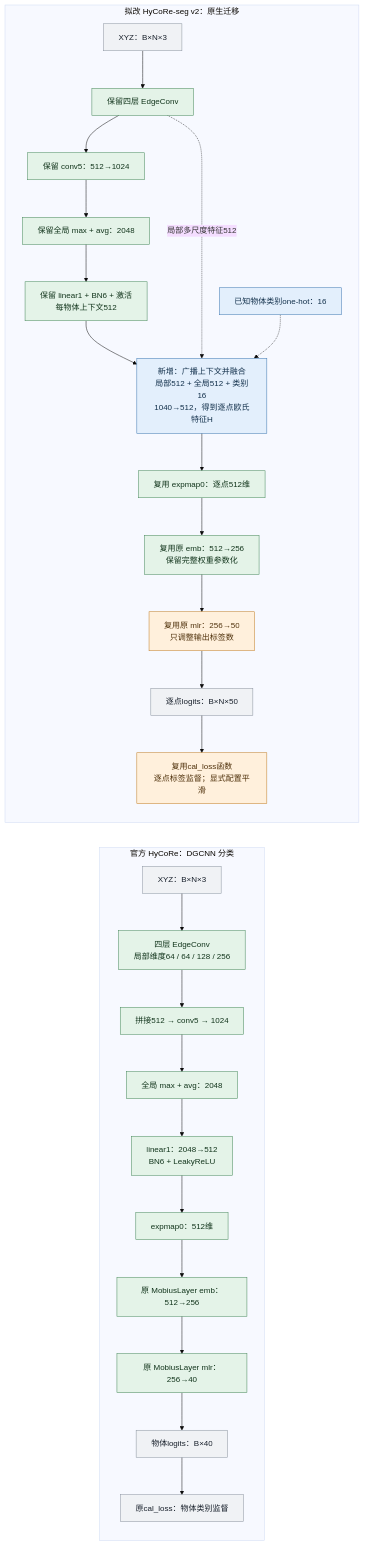
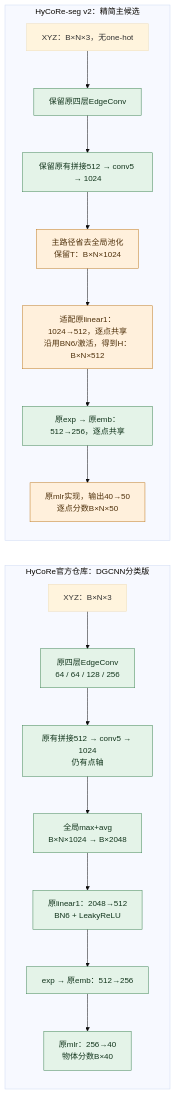
The first of 2 diagrams in docs/research/99_HYCORE_SEG_NATIVE_AUDIT_2026-10-28/audit_report.md (Linneking/Hycore), drawn with Mermaid (base theme) before and after one commit. The commit also changed other lines of this file and 15 other files, not shown here.

````diff
--- a/docs/research/99_HYCORE_SEG_NATIVE_AUDIT_2026-10-28/audit_report.md
+++ b/docs/research/99_HYCORE_SEG_NATIVE_AUDIT_2026-10-28/audit_report.md
@@ -25,38 +26,25 @@
 ```mermaid
 flowchart LR
-  subgraph C["官方 HyCoRe：DGCNN 分类"]
+  subgraph C["HyCoRe官方仓库：DGCNN分类版"]
     direction TB
-    C0["XYZ：B×N×3"] --> C1["四层 EdgeConv<br/>局部维度64 / 64 / 128 / 256"]
-    C1 --> C2["拼接512 → conv5 → 1024"]
-    C2 --> C3["全局 max + avg：2048"]
-    C3 --> C4["linear1：2048→512<br/>BN6 + LeakyReLU"]
-    C4 --> C5["expmap0：512维"]
-    C5 --> C6["原 MobiusLayer emb：512→256"]
-    C6 --> C7["原 MobiusLayer mlr：256→40"]
-    C7 --> C8["物体logits：B×40"]
-    C8 --> C9["原cal_loss：物体类别监督"]
+    C0["XYZ：B×N×3"] --> C1["原四层EdgeConv<br/>64 / 64 / 128 / 256"]
+    C1 --> C2["原有拼接512 → conv5 → 1024<br/>仍有点轴"]
+    C2 --> C3["全局max+avg<br/>B×N×1024 → B×2048"]
+    C3 --> C4["原linear1：2048→512<br/>BN6 + LeakyReLU"]
+    C4 --> C5["exp → 原emb：512→256"]
+    C5 --> C6["原mlr：256→40<br/>物体分数B×40"]
   end
-  subgraph S["拟改 HyCoRe-seg v2：原生迁移"]
+  subgraph S["HyCoRe-seg v2：精简主候选"]
     direction TB
-    S0["XYZ：B×N×3"] --> S1["保留四层 EdgeConv"]
-    S1 --> S2["保留 conv5：512→1024"]
-    S2 --> S3["保留全局 max + avg：2048"]
-    S3 --> S4["保留 linear1 + BN6 + 激活<br/>每物体上下文512"]
-    S4 --> S5["新增：广播上下文并融合<br/>局部512 + 全局512 + 类别16<br/>1040→512，得到逐点欧氏特征H"]
-    S1 -. 局部多尺度特征512 .-> S5
-    SC["已知物体类别one-hot：16"] -.-> S5
-    S5 --> S6["复用 expmap0：逐点512维"]
-    S6 --> S7["复用原 emb：512→256<br/>保留完整权重参数化"]
-    S7 --> S8["复用原 mlr：256→50<br/>只调整输出标签数"]
-    S8 --> S9["逐点logits：B×N×50"]
-    S9 --> S10["复用cal_loss函数<br/>逐点标签监督；显式配置平滑"]
+    S0["XYZ：B×N×3，无one-hot"] --> S1["保留原四层EdgeConv"]
+    S1 --> S2["保留原有拼接512 → conv5 → 1024"]
+    S2 --> S3["主路径省去全局池化<br/>保留T：B×N×1024"]
+    S3 --> S4["适配原linear1：1024→512，逐点共享<br/>沿用BN6/激活，得到H：B×N×512"]
+    S4 --> S5["原exp → 原emb：512→256，逐点共享"]
+    S5 --> S6["原mlr实现，输出40→50<br/>逐点分数B×N×50"]
   end
   classDef keep fill:#e4f3e8,stroke:#438657,color:#12351c;
-  classDef add fill:#e3effc,stroke:#3975af,color:#12304b;
   classDef change fill:#fff0dc,stroke:#bf7c24,color:#50320c;
-  classDef io fill:#f0f2f5,stroke:#89929e,color:#18202b;
-  class C1,C2,C3,C4,C5,C6,C7,S1,S2,S3,S4,S6,S7 keep;
-  class S5,SC add;
-  class S8,S10 change;
-  class C0,C8,C9,S0,S9 io;
+  class C1,C2,C3,C4,C5,C6,S1,S2,S5 keep;
+  class S3,S4,S6 change;
 ```
````
